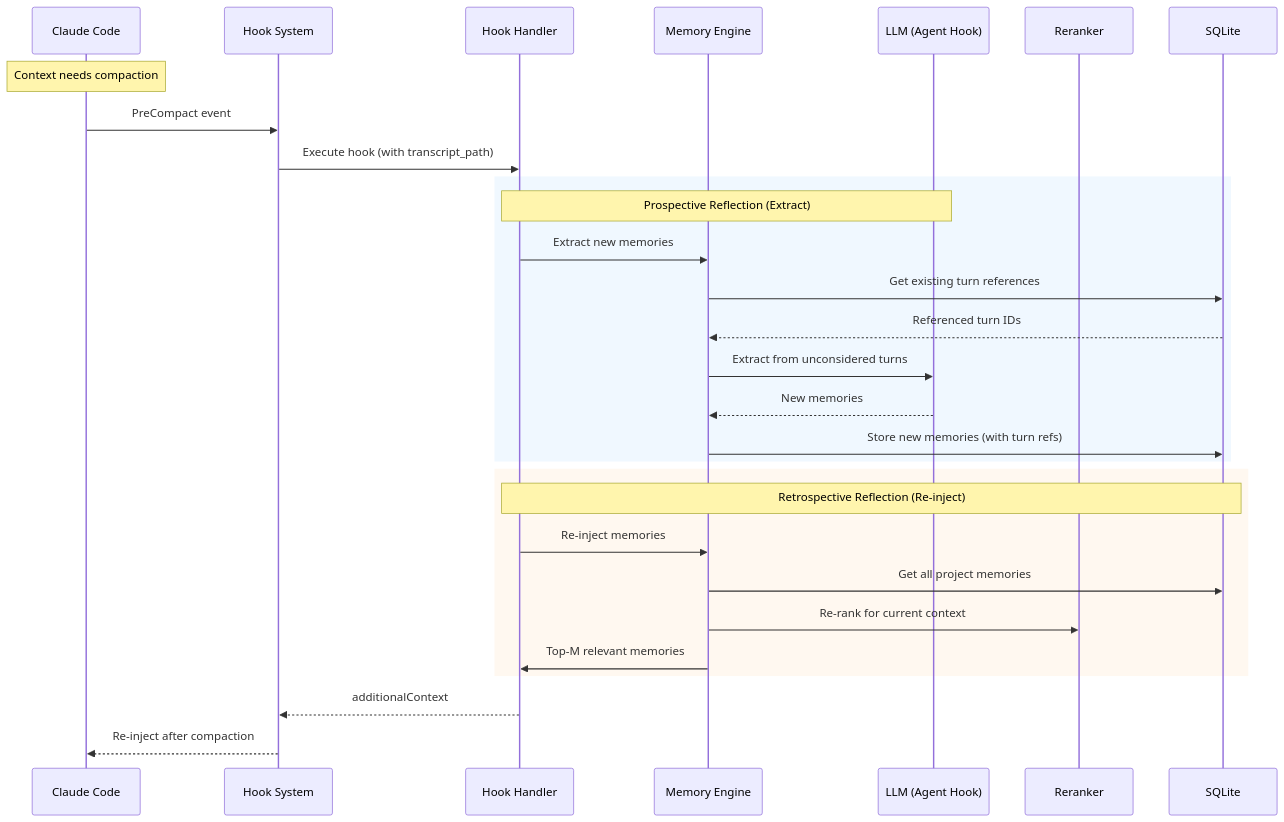
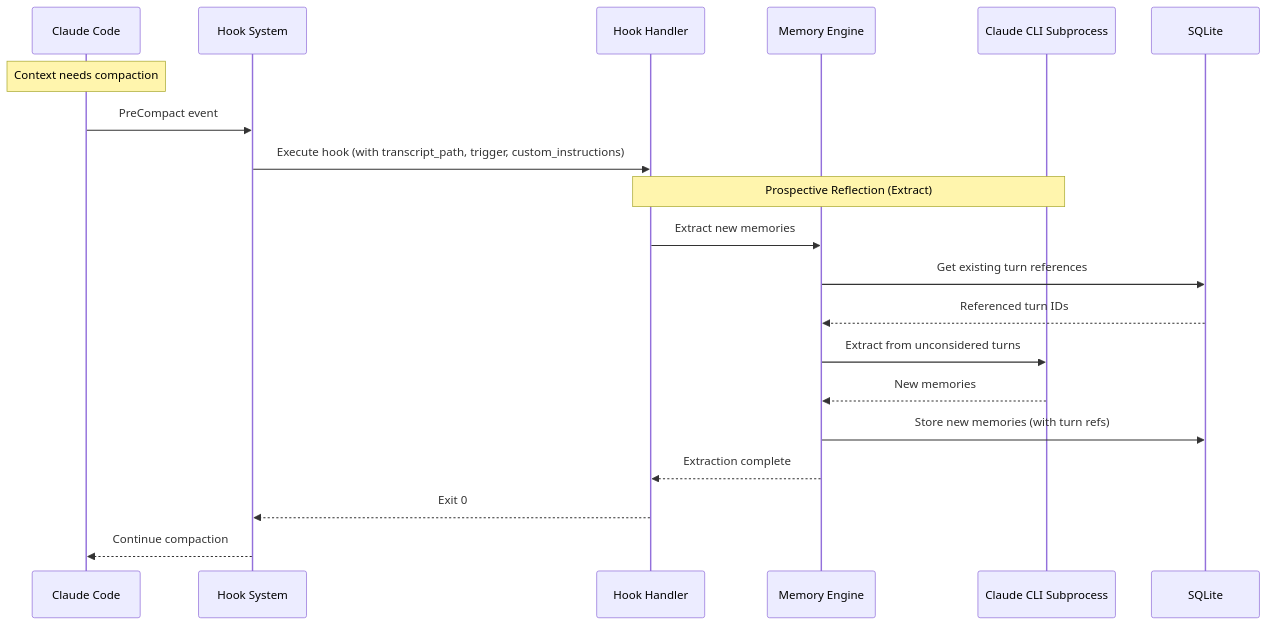
Before and after one commit to SkrOYC/cc-rmm: the fourth of 5 diagrams in docs/Architecture.md, drawn with Mermaid. The commit also changed other lines of this file and 4 other files, not shown here.

````diff
--- a/docs/Architecture.md
+++ b/docs/Architecture.md
@@ -171,40 +183,27 @@
 ```mermaid
 sequenceDiagram
     participant Claude as Claude Code
     participant Hooks as Hook System
     participant Handler as Hook Handler
     participant Engine as Memory Engine
-    participant LLM as LLM (Agent Hook)
-    participant Reranker as Reranker
+    participant LLM as Claude CLI Subprocess
     participant SQLite as SQLite
 
     Note over Claude: Context needs compaction
     Claude->>Hooks: PreCompact event
-    Hooks->>Handler: Execute hook (with transcript_path)
+    Hooks->>Handler: Execute hook (with transcript_path, trigger, custom_instructions)
 
-    rect rgb(240, 248, 255)
-        Note over Handler,LLM: Prospective Reflection (Extract)
-        Handler->>Engine: Extract new memories
+    Note over Handler,LLM: Prospective Reflection (Extract)
+    Handler->>Engine: Extract new memories
 
-        Engine->>SQLite: Get existing turn references
-        SQLite-->>Engine: Referenced turn IDs
+    Engine->>SQLite: Get existing turn references
+    SQLite-->>Engine: Referenced turn IDs
 
-        Engine->>LLM: Extract from unconsidered turns
-        LLM-->>Engine: New memories
+    Engine->>LLM: Extract from unconsidered turns
+    LLM-->>Engine: New memories
 
-        Engine->>SQLite: Store new memories (with turn refs)
-    end
-
-    rect rgb(255, 248, 240)
-        Note over Handler,SQLite: Retrospective Reflection (Re-inject)
-        Handler->>Engine: Re-inject memories
-
-        Engine->>SQLite: Get all project memories
-        Engine->>Reranker: Re-rank for current context
-
-        Engine->>Handler: Top-M relevant memories
-    end
-
-    Handler-->>Hooks: additionalContext
-    Hooks-->>Claude: Re-inject after compaction
+    Engine->>SQLite: Store new memories (with turn refs)
+    Engine-->>Handler: Extraction complete
+    Handler-->>Hooks: Exit 0
+    Hooks-->>Claude: Continue compaction
 ```
````
